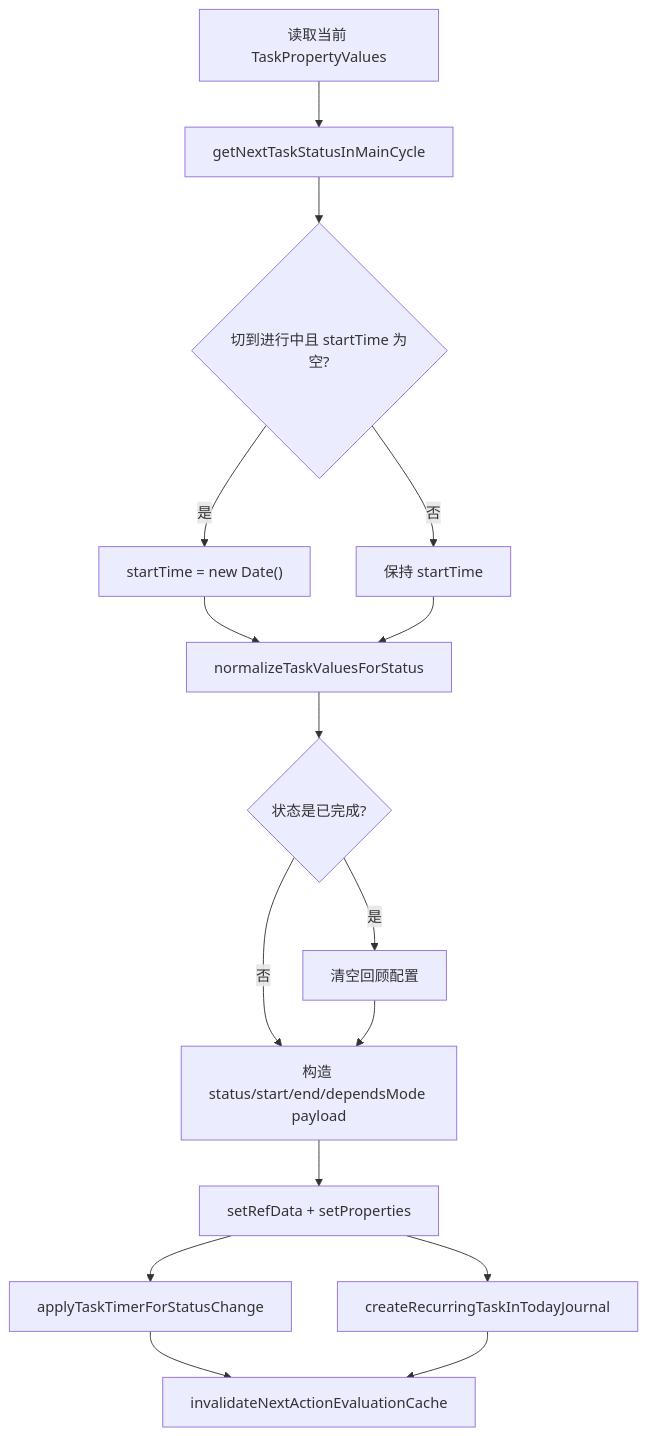
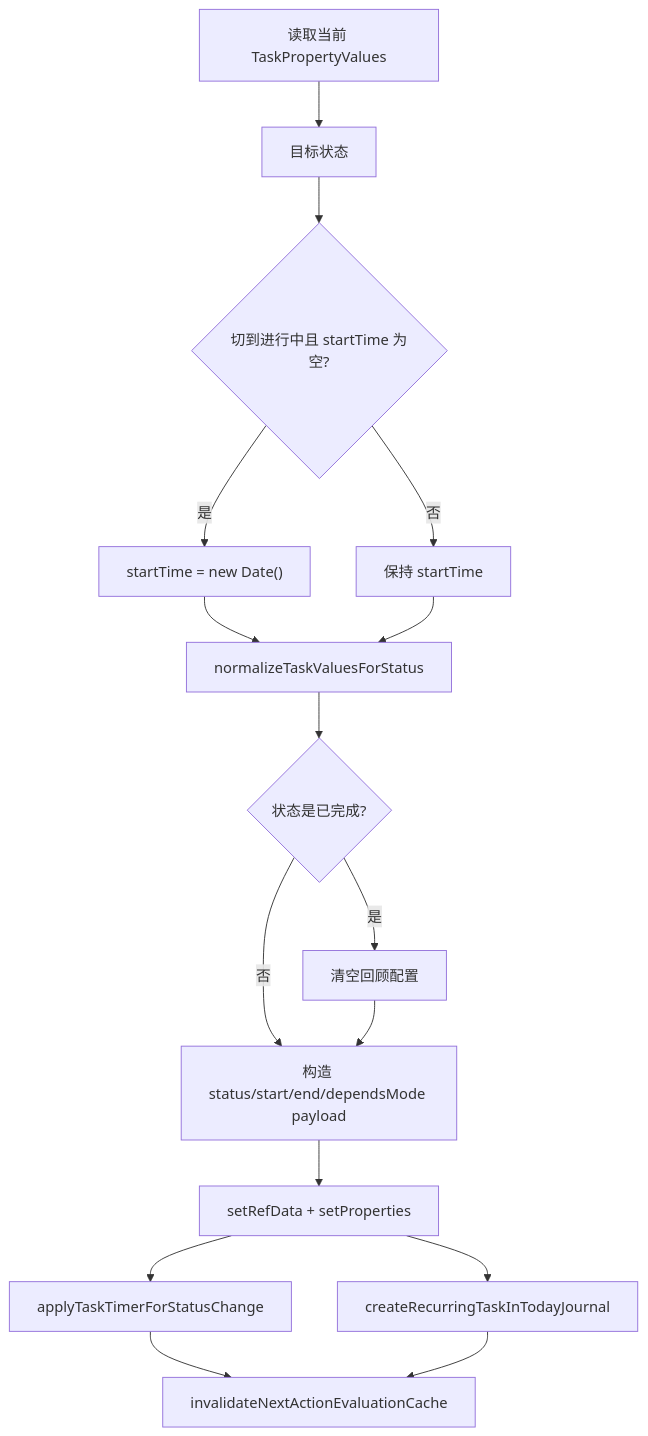
One commit to litcu/orca-plugin-task-planner changed the fourth of 8 diagrams in doc/数据流/03-任务生命周期数据流.md. Above: the diagram before and after it, drawn with Mermaid. The commit also changed other lines of this file and 10 other files, not shown here.

````diff
--- a/doc/数据流/03-任务生命周期数据流.md
+++ b/doc/数据流/03-任务生命周期数据流.md
@@ -101,18 +102,18 @@
 ```mermaid
 flowchart TD
-  Current["读取当前 TaskPropertyValues"] --> NextStatus["getNextTaskStatusInMainCycle"]
+  Current["读取当前 TaskPropertyValues"] --> NextStatus["目标状态"]
   NextStatus --> StartTime{"切到进行中且 startTime 为空?"}
   StartTime -- 是 --> SetNow["startTime = new Date()"]
   StartTime -- 否 --> KeepStart["保持 startTime"]
   SetNow --> Normalize["normalizeTaskValuesForStatus"]
   KeepStart --> Normalize
   Normalize --> DoneCleanup{"状态是已完成?"}
   DoneCleanup -- 是 --> ClearReview["清空回顾配置"]
   DoneCleanup -- 否 --> Payload["构造 status/start/end/dependsMode payload"]
   ClearReview --> Payload
   Payload --> Write["setRefData + setProperties"]
   Write --> Timer["applyTaskTimerForStatusChange"]
   Write --> Repeat["createRecurringTaskInTodayJournal"]
   Timer --> Cache["invalidateNextActionEvaluationCache"]
   Repeat --> Cache
 ```
````
